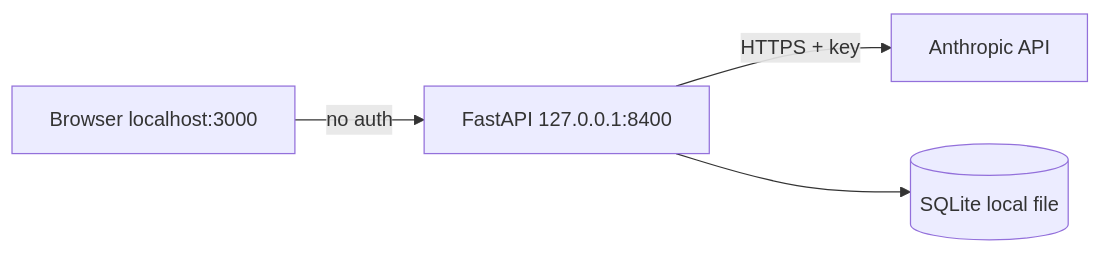
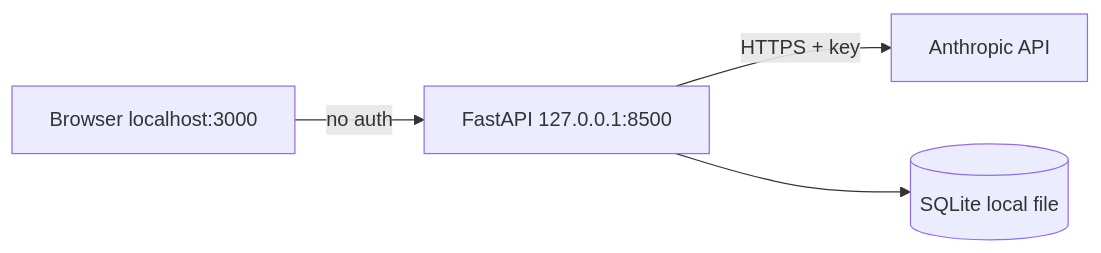
One commit to ohho2518/d_DEP-PM_Platform changed the diagram in docs/SECURITY.md. Above: the diagram before and after it, drawn with Mermaid. The commit also changed 14 other files, not shown here.

````diff
--- a/docs/SECURITY.md
+++ b/docs/SECURITY.md
@@ -22,6 +22,6 @@
 ```mermaid
 flowchart LR
-    B[Browser localhost:3000] -->|"no auth"| API[FastAPI 127.0.0.1:8400]
+    B[Browser localhost:3000] -->|"no auth"| API[FastAPI 127.0.0.1:8500]
     API -->|HTTPS + key| ANTH[Anthropic API]
     API --> DB[(SQLite local file)]
 ```
````
